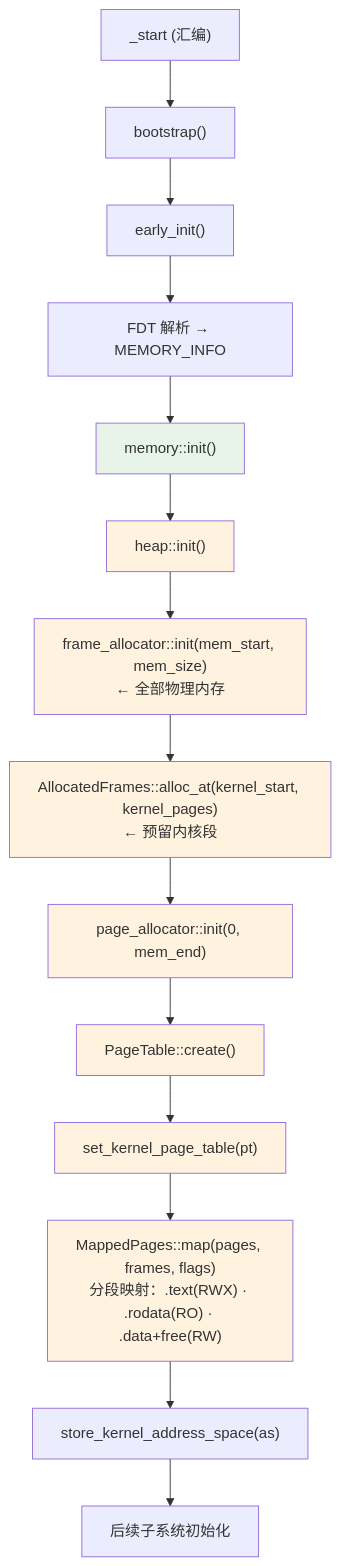
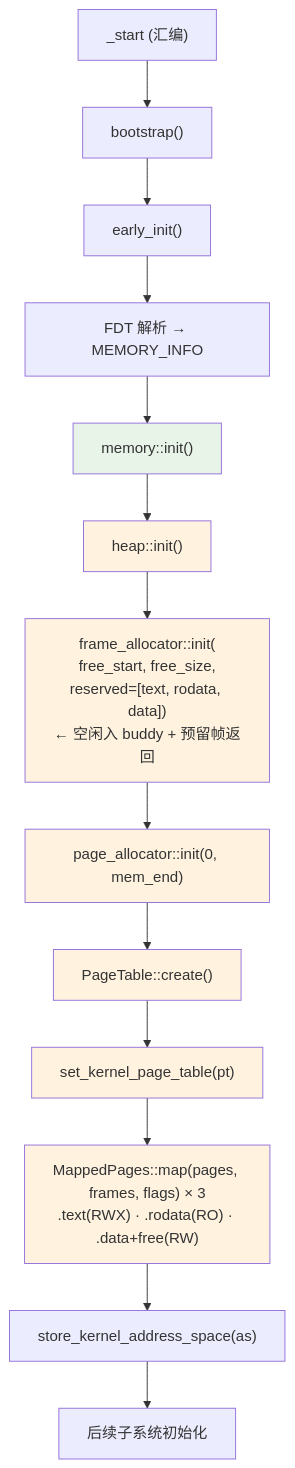
Before and after one commit to MRNIU/SimpleKernel: the tenth of 10 diagrams in docs/rust-rewrite/memory-subsystem.md, drawn with Mermaid. The commit also changed other lines of this file and 1 other file, not shown here.

First line of the commit message:
docs(memory): 统一 init 入口设计 + 实现计划

````diff
--- a/docs/rust-rewrite/memory-subsystem.md
+++ b/docs/rust-rewrite/memory-subsystem.md
@@ -580,25 +609,23 @@
 ```mermaid
 flowchart TD
     A["_start (汇编)"] --> B["bootstrap()"]
     B --> C["early_init()"]
     C --> C1["FDT 解析 → MEMORY_INFO"]
     C1 --> D["memory::init()"]
     D --> D1["heap::init()"]
-    D1 --> D2["frame_allocator::init(mem_start, mem_size)<br/>← 全部物理内存"]
-    D2 --> D2a["AllocatedFrames::alloc_at(kernel_start, kernel_pages)<br/>← 预留内核段"]
-    D2a --> D3["page_allocator::init(0, mem_end)"]
+    D1 --> D2["frame_allocator::init(<br/>free_start, free_size,<br/>reserved=[text, rodata, data])<br/>← 空闲入 buddy + 预留帧返回"]
+    D2 --> D3["page_allocator::init(0, mem_end)"]
     D3 --> D4["PageTable::create()"]
     D4 --> D5["set_kernel_page_table(pt)"]
-    D5 --> D6["MappedPages::map(pages, frames, flags)<br/>分段映射：.text(RWX) · .rodata(RO) · .data+free(RW)"]
+    D5 --> D6["MappedPages::map(pages, frames, flags) × 3<br/>.text(RWX) · .rodata(RO) · .data+free(RW)"]
     D6 --> D7["store_kernel_address_space(as)"]
     D7 --> E["后续子系统初始化"]
 
     style D fill:#e8f4e8
     style D1 fill:#fff3e0
     style D2 fill:#fff3e0
-    style D2a fill:#fff3e0
     style D3 fill:#fff3e0
     style D4 fill:#fff3e0
     style D5 fill:#fff3e0
     style D6 fill:#fff3e0
 ```
````
